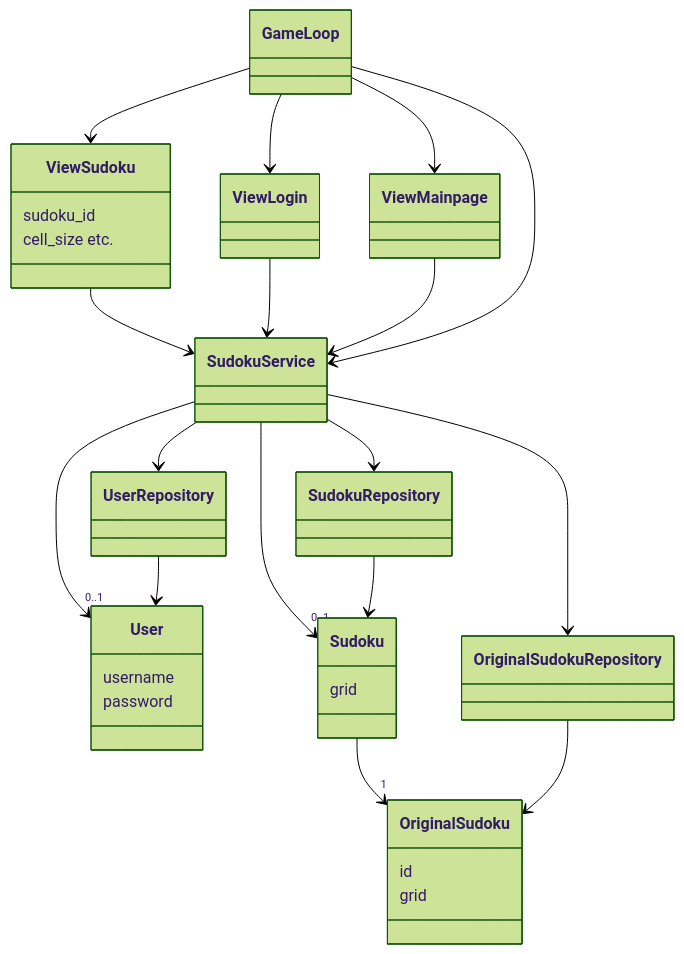
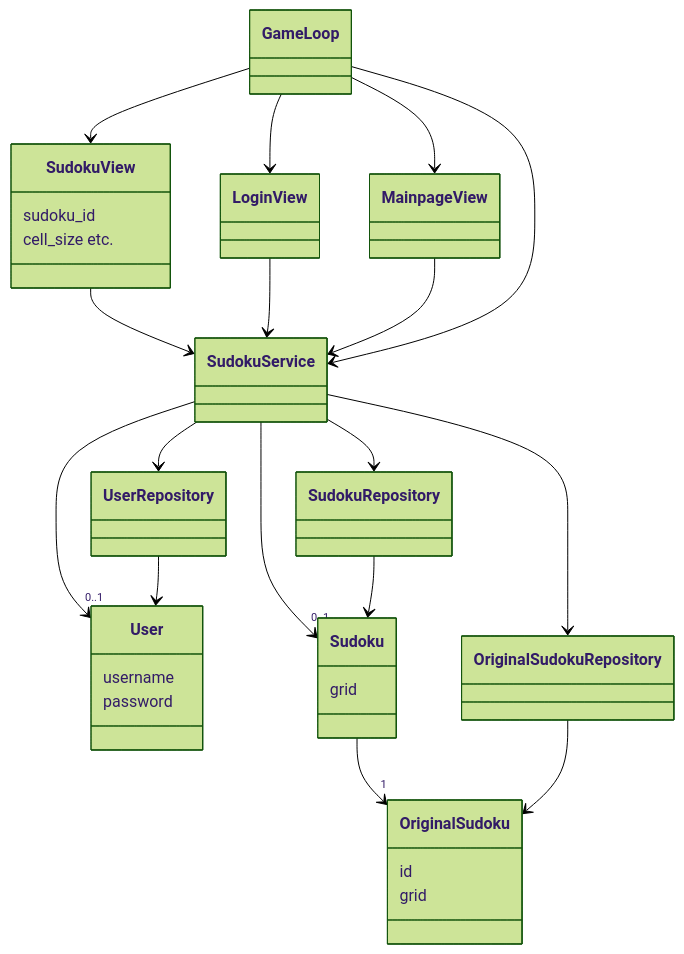
Before and after one commit to oliviahorjamo/OhTe-harjoitustyo-2022: the second of 6 diagrams in dokumentaatio/arkkitehtuuri.md, drawn with Mermaid (forest theme). The commit also changed other lines of this file, not shown here.

````diff
--- a/dokumentaatio/arkkitehtuuri.md
+++ b/dokumentaatio/arkkitehtuuri.md
@@ -95,42 +95,42 @@
 ```mermaid
  classDiagram
       class User{
           username
           password
       }
       class Sudoku{
           grid
       }
       class OriginalSudoku{
           id
           grid
       }
       class SudokuService{
       }
-      class ViewSudoku{
+      class SudokuView{
           sudoku_id
           cell_size etc.
       }
-      class ViewLogin{
+      class LoginView{
       }
       class UserRepository{
       }
       class SudokuRepository{
       }
-      ViewSudoku --> SudokuService
-      ViewLogin --> SudokuService
-      ViewMainpage --> SudokuService
-      GameLoop --> ViewSudoku
-      GameLoop --> ViewLogin
-      GameLoop --> ViewMainpage
+      SudokuView --> SudokuService
+      LoginView --> SudokuService
+      MainpageView --> SudokuService
+      GameLoop --> SudokuView
+      GameLoop --> LoginView
+      GameLoop --> MainpageView
       GameLoop --> SudokuService
       SudokuService --> "0..1" User
       SudokuService --> "0..1" Sudoku
       SudokuService --> UserRepository
       UserRepository --> User
       SudokuService --> SudokuRepository
       SudokuRepository --> Sudoku
       Sudoku --> "1" OriginalSudoku
       OriginalSudokuRepository --> OriginalSudoku
       SudokuService --> OriginalSudokuRepository
 ```
````
